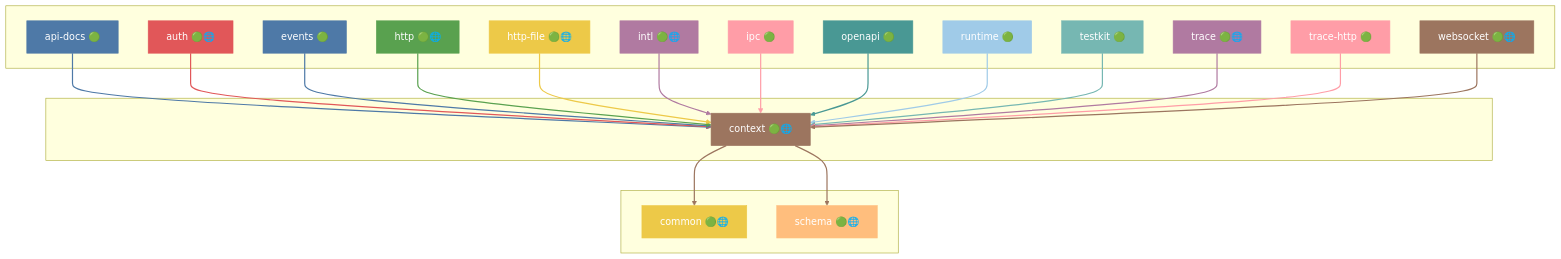
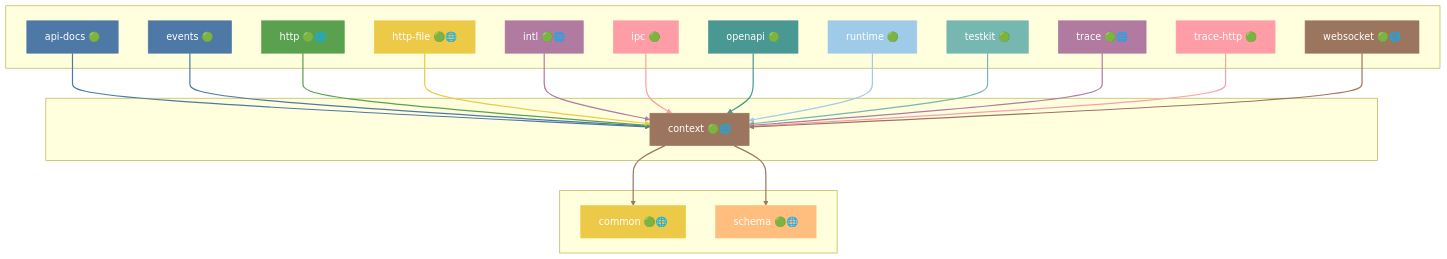
Before and after one commit to grest-ts/grest-ts: the tenth of 46 diagrams in docs/DEPENDENCIES.md, drawn with Mermaid. The commit also changed other lines of this file and 6 other files, not shown here.

````diff
--- a/docs/DEPENDENCIES.md
+++ b/docs/DEPENDENCIES.md
@@ -683,71 +697,67 @@
 ```mermaid
 flowchart TB
     subgraph Dependents[" "]
         api-docs["api-docs 🟢"]
-        auth["auth 🟢🌐"]
         events["events 🟢"]
         http["http 🟢🌐"]
         http-file["http-file 🟢🌐"]
         intl["intl 🟢🌐"]
         ipc["ipc 🟢"]
         openapi["openapi 🟢"]
         runtime["runtime 🟢"]
         testkit["testkit 🟢"]
         trace["trace 🟢🌐"]
         trace-http["trace-http 🟢"]
         websocket["websocket 🟢🌐"]
     end
     subgraph Package[" "]
         context["context 🟢🌐"]
     end
     subgraph Dependencies[" "]
         common["common 🟢🌐"]
         schema["schema 🟢🌐"]
     end
     api-docs --> context
-    auth --> context
     events --> context
     http --> context
     http-file --> context
     intl --> context
     ipc --> context
     openapi --> context
     runtime --> context
     testkit --> context
     trace --> context
     trace-http --> context
     websocket --> context
     context --> common
     context --> schema
     style context fill:#9C755F,stroke:#9C755F,color:#fff
     style api-docs fill:#4E79A7,stroke:#4E79A7,color:#fff
-    style auth fill:#E15759,stroke:#E15759,color:#fff
     style events fill:#4E79A7,stroke:#4E79A7,color:#fff
     style http fill:#59A14F,stroke:#59A14F,color:#fff
     style http-file fill:#EDC948,stroke:#EDC948,color:#fff
     style intl fill:#B07AA1,stroke:#B07AA1,color:#fff
     style ipc fill:#FF9DA7,stroke:#FF9DA7,color:#fff
     style openapi fill:#499894,stroke:#499894,color:#fff
     style runtime fill:#A0CBE8,stroke:#A0CBE8,color:#fff
     style testkit fill:#76B7B2,stroke:#76B7B2,color:#fff
     style trace fill:#B07AA1,stroke:#B07AA1,color:#fff
     style trace-http fill:#FF9DA7,stroke:#FF9DA7,color:#fff
     style websocket fill:#9C755F,stroke:#9C755F,color:#fff
     style common fill:#EDC948,stroke:#EDC948,color:#fff
     style schema fill:#FFBE7D,stroke:#FFBE7D,color:#fff
     linkStyle 0 stroke:#4E79A7,stroke-width:2px
-    linkStyle 1 stroke:#E15759,stroke-width:2px
-    linkStyle 2 stroke:#4E79A7,stroke-width:2px
-    linkStyle 3 stroke:#59A14F,stroke-width:2px
-    linkStyle 4 stroke:#EDC948,stroke-width:2px
-    linkStyle 5 stroke:#B07AA1,stroke-width:2px
-    linkStyle 6 stroke:#FF9DA7,stroke-width:2px
-    linkStyle 7 stroke:#499894,stroke-width:2px
-    linkStyle 8 stroke:#A0CBE8,stroke-width:2px
-    linkStyle 9 stroke:#76B7B2,stroke-width:2px
-    linkStyle 10 stroke:#B07AA1,stroke-width:2px
-    linkStyle 11 stroke:#FF9DA7,stroke-width:2px
+    linkStyle 1 stroke:#4E79A7,stroke-width:2px
+    linkStyle 2 stroke:#59A14F,stroke-width:2px
+    linkStyle 3 stroke:#EDC948,stroke-width:2px
+    linkStyle 4 stroke:#B07AA1,stroke-width:2px
+    linkStyle 5 stroke:#FF9DA7,stroke-width:2px
+    linkStyle 6 stroke:#499894,stroke-width:2px
+    linkStyle 7 stroke:#A0CBE8,stroke-width:2px
+    linkStyle 8 stroke:#76B7B2,stroke-width:2px
+    linkStyle 9 stroke:#B07AA1,stroke-width:2px
+    linkStyle 10 stroke:#FF9DA7,stroke-width:2px
+    linkStyle 11 stroke:#9C755F,stroke-width:2px
     linkStyle 12 stroke:#9C755F,stroke-width:2px
     linkStyle 13 stroke:#9C755F,stroke-width:2px
-    linkStyle 14 stroke:#9C755F,stroke-width:2px
 ```
````
